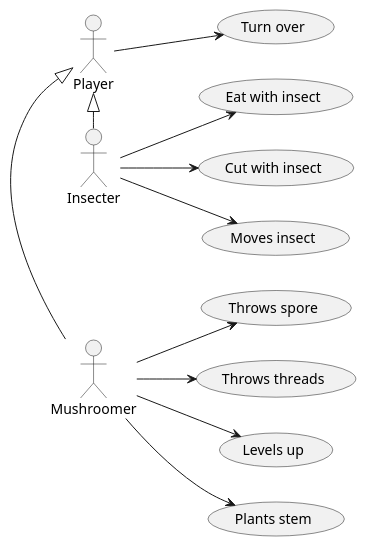
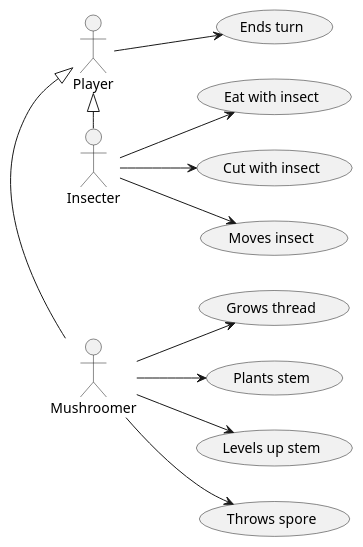
One commit to Petya-G/fungorium changed the diagram in 5/usecase/uc.puml. Above: the diagram before and after it, drawn with PlantUML. The commit also changed 1 other file, not shown here.

```diff
--- a/5/usecase/uc.puml
+++ b/5/usecase/uc.puml
@@ -1,18 +1,18 @@
 @startuml player
 
 Mushroomer -left-|> Player
 Insecter -left-|> Player
 
 left to right direction
-Player --> (Turn over)
+Player --> (Ends turn)
 
-Mushroomer --> (Throws threads)
-Mushroomer --> (Levels up)
 Mushroomer --> (Plants stem)
+Mushroomer --> (Levels up stem)
 Mushroomer --> (Throws spore)
+Mushroomer --> (Grows thread)
 
 Insecter --> (Moves insect)
 Insecter --> (Eat with insect)
 Insecter --> (Cut with insect)
 
 @enduml
```
